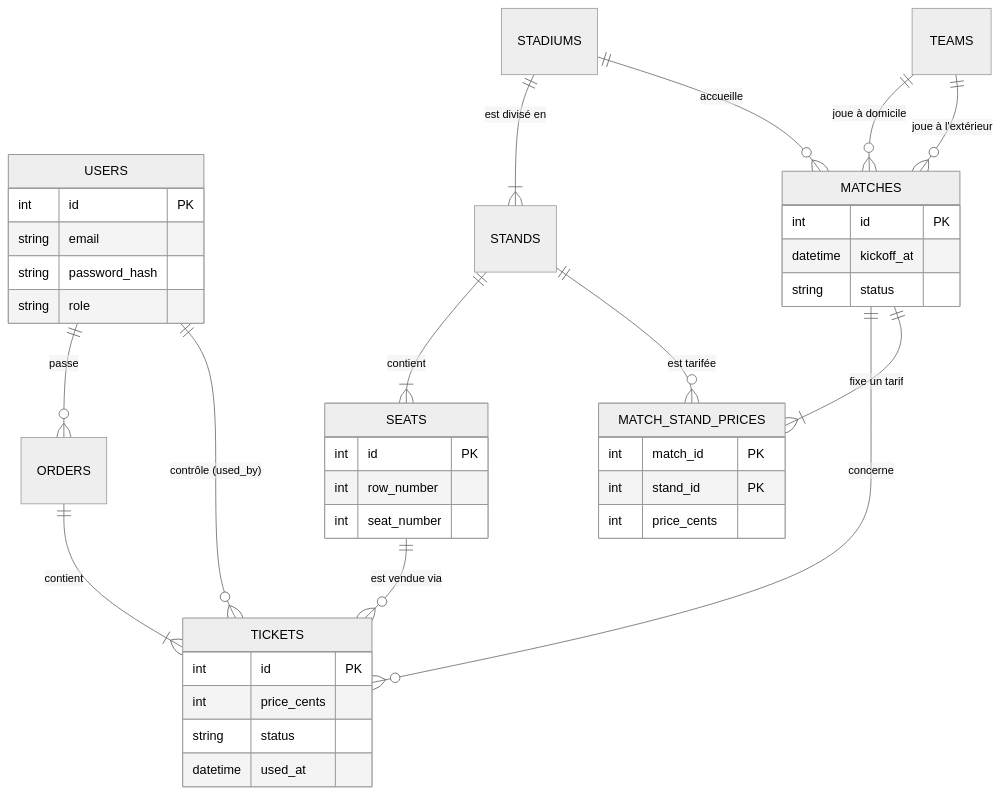
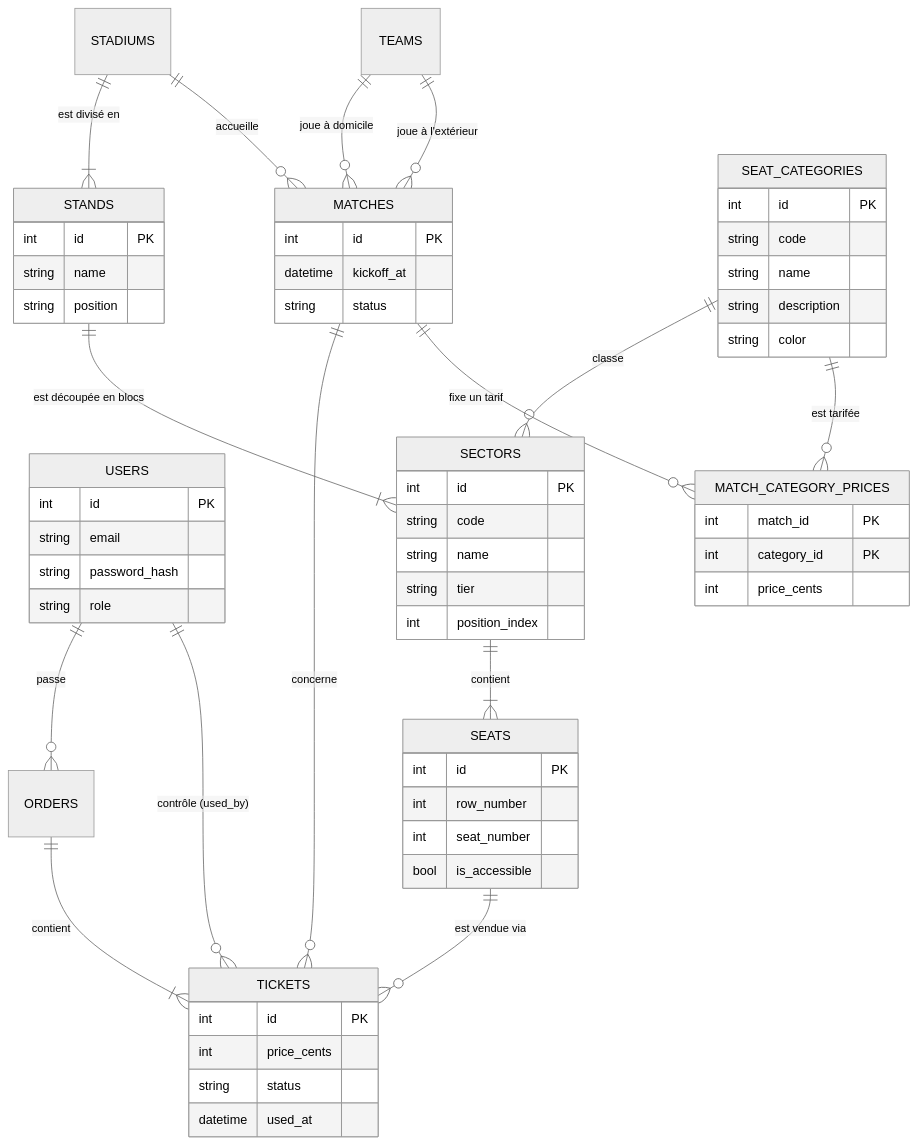
One commit to salah-87/Footix changed the diagram in docs/02-base-de-donnees.md. Above: the diagram before and after it, drawn with Mermaid (neutral theme). The commit also changed other lines of this file and 30 other files, not shown here.

````diff
--- a/docs/02-base-de-donnees.md
+++ b/docs/02-base-de-donnees.md
@@ -10,21 +11,26 @@
 ```mermaid
 erDiagram
   USERS ||--o{ ORDERS : "passe"
   ORDERS ||--|{ TICKETS : "contient"
   MATCHES ||--o{ TICKETS : "concerne"
   SEATS ||--o{ TICKETS : "est vendue via"
   USERS ||--o{ TICKETS : "contrôle (used_by)"
   STADIUMS ||--|{ STANDS : "est divisé en"
-  STANDS ||--|{ SEATS : "contient"
+  STANDS ||--|{ SECTORS : "est découpée en blocs"
+  SEAT_CATEGORIES ||--o{ SECTORS : "classe"
+  SECTORS ||--|{ SEATS : "contient"
   STADIUMS ||--o{ MATCHES : "accueille"
   TEAMS ||--o{ MATCHES : "joue à domicile"
   TEAMS ||--o{ MATCHES : "joue à l'extérieur"
-  MATCHES ||--|{ MATCH_STAND_PRICES : "fixe un tarif"
-  STANDS ||--o{ MATCH_STAND_PRICES : "est tarifée"
+  MATCHES ||--o{ MATCH_CATEGORY_PRICES : "fixe un tarif"
+  SEAT_CATEGORIES ||--o{ MATCH_CATEGORY_PRICES : "est tarifée"
 
   USERS { int id PK  string email  string password_hash  string role }
   MATCHES { int id PK  datetime kickoff_at  string status }
   TICKETS { int id PK  int price_cents  string status  datetime used_at }
-  SEATS { int id PK  int row_number  int seat_number }
-  MATCH_STAND_PRICES { int match_id PK  int stand_id PK  int price_cents }
+  STANDS { int id PK  string name  string position }
+  SECTORS { int id PK  string code  string name  string tier  int position_index }
+  SEAT_CATEGORIES { int id PK  string code  string name  string description  string color }
+  SEATS { int id PK  int row_number  int seat_number  bool is_accessible }
+  MATCH_CATEGORY_PRICES { int match_id PK  int category_id PK  int price_cents }
 ```
````
